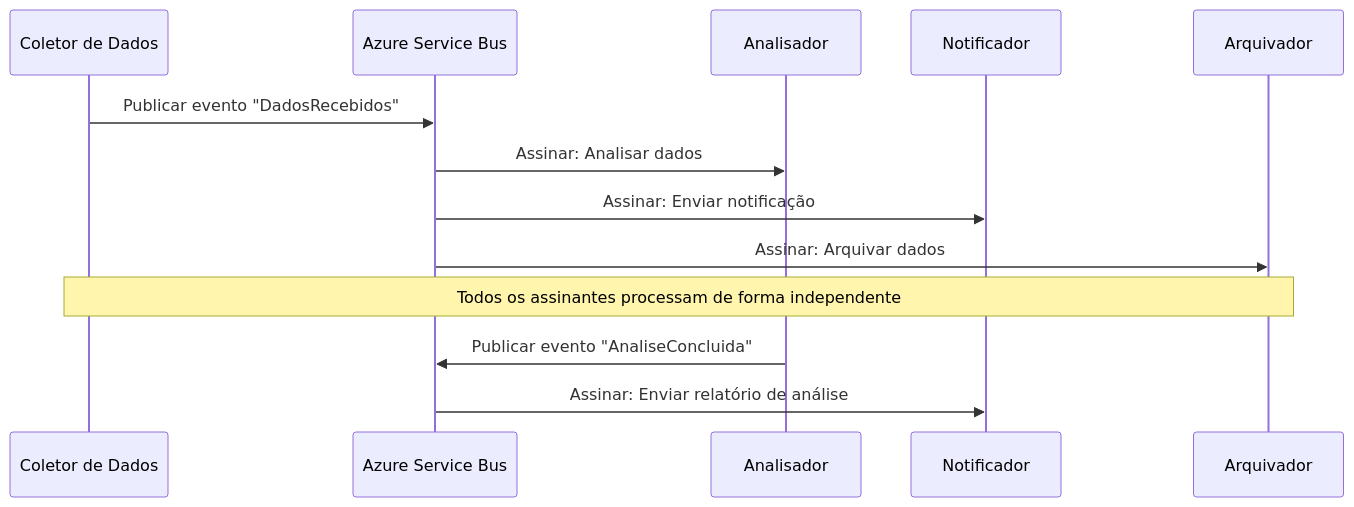
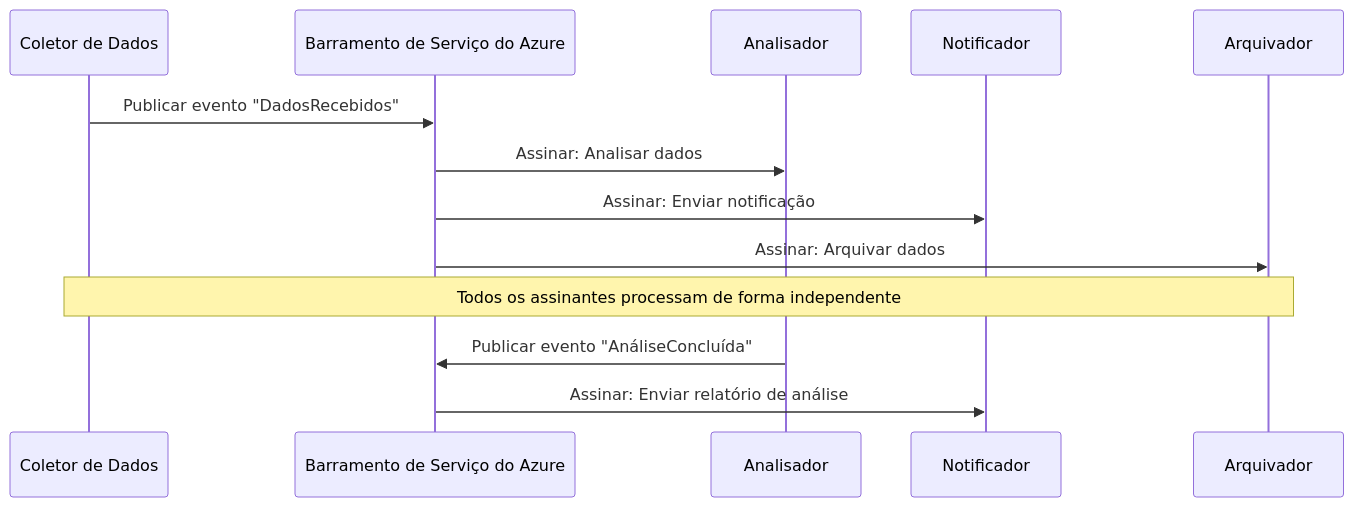
Before and after one commit to microsoft/AZD-for-beginners: the third of 5 diagrams in translations/pt-BR/docs/chapter-06-pre-deployment/coordination-patterns.md, drawn with Mermaid. The commit also changed other lines of this file and 101 other files, not shown here.

````diff
--- a/translations/pt-BR/docs/chapter-06-pre-deployment/coordination-patterns.md
+++ b/translations/pt-BR/docs/chapter-06-pre-deployment/coordination-patterns.md
@@ -191,18 +185,18 @@
 ```mermaid
 sequenceDiagram
     participant Agent1 as Coletor de Dados
-    participant EventBus as Azure Service Bus
+    participant EventBus as Barramento de Serviço do Azure
     participant Agent2 as Analisador
     participant Agent3 as Notificador
     participant Agent4 as Arquivador
     
     Agent1->>EventBus: Publicar evento "DadosRecebidos"
     EventBus->>Agent2: Assinar: Analisar dados
     EventBus->>Agent3: Assinar: Enviar notificação
     EventBus->>Agent4: Assinar: Arquivar dados
     
     Note over Agent1,Agent4: Todos os assinantes processam de forma independente
     
-    Agent2->>EventBus: Publicar evento "AnaliseConcluida"
+    Agent2->>EventBus: Publicar evento "AnáliseConcluída"
     EventBus->>Agent3: Assinar: Enviar relatório de análise
 ```
````
